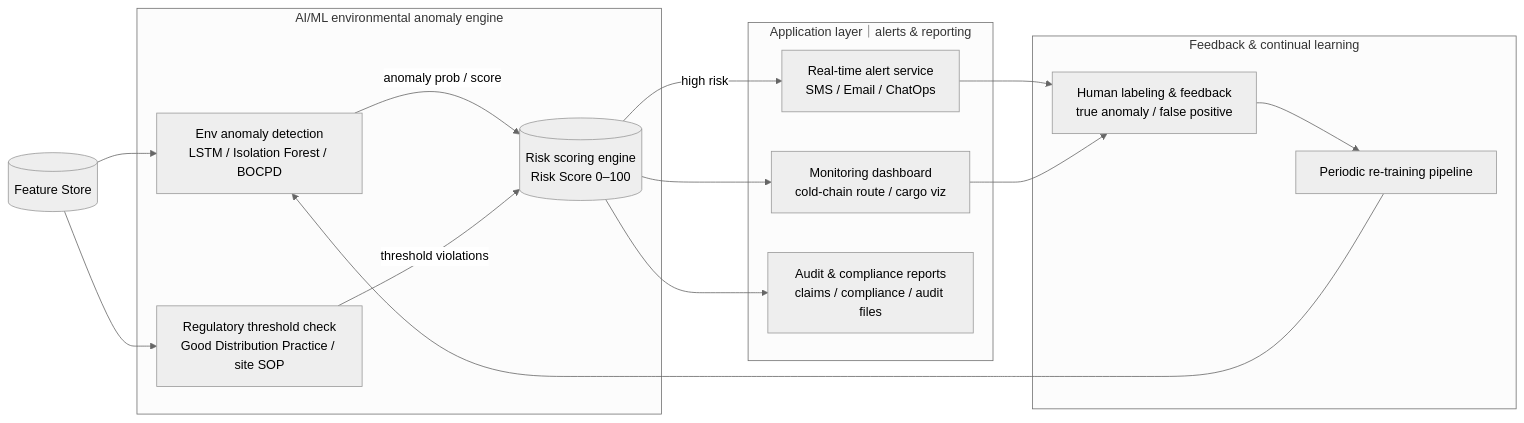
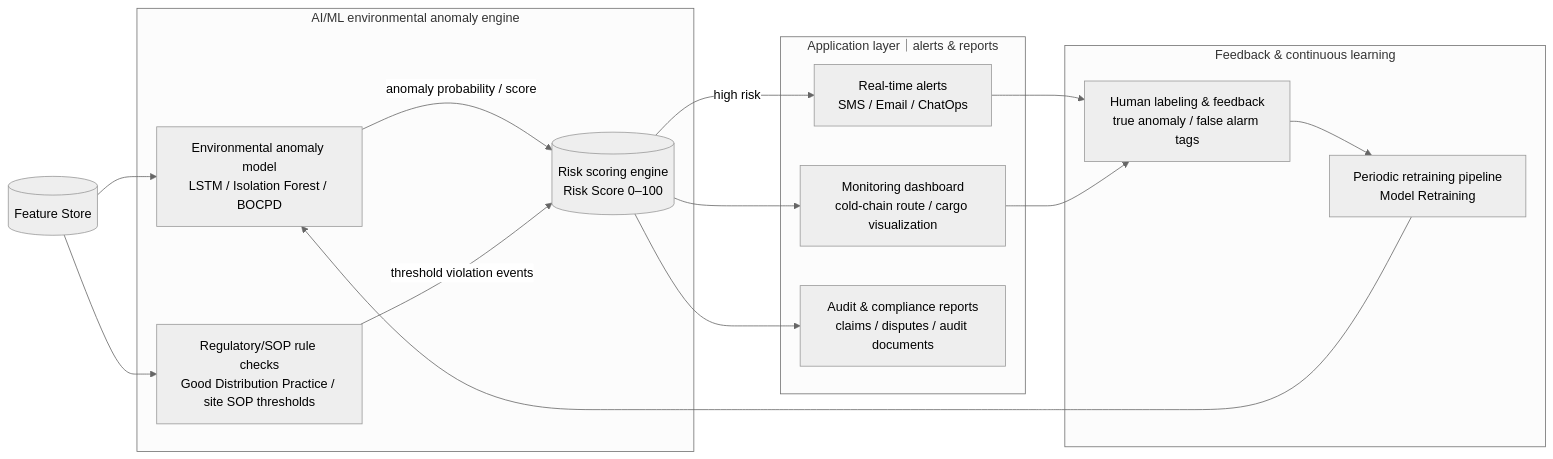
The sixth of 10 diagrams in proposal/AI-Application-Enhancement-Program-Proposal-Submission.md (jshuo/ai-moea-proposal), drawn with Mermaid (neutral theme) before and after one commit. The commit also changed other lines of this file and 3 other files, not shown here.

````diff
--- a/proposal/AI-Application-Enhancement-Program-Proposal-Submission.md
+++ b/proposal/AI-Application-Enhancement-Program-Proposal-Submission.md
@@ -644,40 +650,40 @@
   ```mermaid
   flowchart LR
-    %% Downstream: AI/ML, application layer & feedback (Feature Store as input)
+    %% Downstream: AI/ML, application layer, and feedback (Feature Store as input)
 
     T_STORE[(Feature Store)]
 
     subgraph AIML["AI/ML environmental anomaly engine"]
-      T_MODEL[Env anomaly detection<br/>LSTM / Isolation Forest / BOCPD]
-      T_RULE[Regulatory threshold check<br/>Good Distribution Practice / site SOP]
+      T_MODEL[Environmental anomaly model<br/>LSTM / Isolation Forest / BOCPD]
+      T_RULE[Regulatory/SOP rule checks<br/>Good Distribution Practice / site SOP thresholds]
       T_SCORE[(Risk scoring engine<br/>Risk Score 0–100)]
     end
 
-    subgraph APPS["Application layer｜alerts & reporting"]
-      T_ALERT[Real-time alert service<br/>SMS / Email / ChatOps]
-      T_DASH[Monitoring dashboard<br/>cold-chain route / cargo viz]
-      T_REPORT[Audit & compliance reports<br/>claims / compliance / audit files]
+    subgraph APPS["Application layer｜alerts & reports"]
+      T_ALERT[Real-time alerts<br/>SMS / Email / ChatOps]
+      T_DASH[Monitoring dashboard<br/>cold-chain route / cargo visualization]
+      T_REPORT[Audit & compliance reports<br/>claims / disputes / audit documents]
     end
 
-    subgraph FEEDBACK["Feedback & continual learning"]
-      T_LABEL[Human labeling & feedback<br/>true anomaly / false positive]
-      T_RETRAIN[Periodic re-training pipeline]
+    subgraph FEEDBACK["Feedback & continuous learning"]
+      T_LABEL[Human labeling & feedback<br/>true anomaly / false alarm tags]
+      T_RETRAIN[Periodic retraining pipeline<br/>Model Retraining]
     end
 
-    %% Data flow (downstream)
+    %% Data flow (Downstream)
     T_STORE --> T_MODEL
     T_STORE --> T_RULE
 
-    T_MODEL -->|anomaly prob / score| T_SCORE
-    T_RULE -->|threshold violations| T_SCORE
+    T_MODEL -->|anomaly probability / score| T_SCORE
+    T_RULE -->|threshold violation events| T_SCORE
 
     T_SCORE -->|high risk| T_ALERT
     T_SCORE --> T_DASH
     T_SCORE --> T_REPORT
 
     %% Feedback loop
     T_ALERT --> T_LABEL
     T_DASH --> T_LABEL
     T_LABEL --> T_RETRAIN
     T_RETRAIN --> T_MODEL
   ```
````
